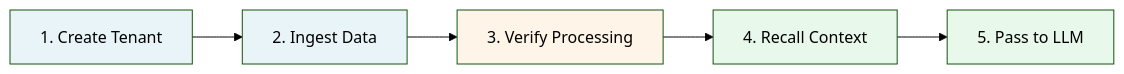
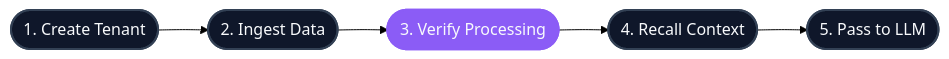
The first of 2 diagrams in get-started/quickstart.mdx (donendosted/mintlify-docs), drawn with Mermaid (forest theme) before and after one commit. The commit also changed other lines of this file and 20 other files, not shown here.

````diff
--- a/get-started/quickstart.mdx
+++ b/get-started/quickstart.mdx
@@ -14,13 +14,15 @@
 ```mermaid
 flowchart LR
-  A[1. Create Tenant] --> B[2. Ingest Data]
-  B --> C[3. Verify Processing]
-  C --> D[4. Recall Context]
-  D --> E[5. Pass to LLM]
+  %% Primary process steps
+  A([1. Create Tenant]) --> B([2. Ingest Data])
+  B --> C([3. Verify Processing])
+  C --> D([4. Recall Context])
+  D --> E([5. Pass to LLM])
 
-  style A fill:#e8f4f8
-  style B fill:#e8f4f8
-  style C fill:#fff4e8
-  style D fill:#e8f8ea
-  style E fill:#e8f8ea
+  %% HydraDB Dark Mode styles
+  style A fill:#0f172a,stroke:#334155,stroke-width:2px,color:#f8fafc,stroke-linecap:round
+  style B fill:#0f172a,stroke:#334155,stroke-width:2px,color:#f8fafc,stroke-linecap:round
+  style C fill:#8b5cf6,stroke:#8b5cf6,stroke-width:2.5px,color:#f8fafc,stroke-linecap:round
+  style D fill:#0f172a,stroke:#334155,stroke-width:2px,color:#f8fafc,stroke-linecap:round
+  style E fill:#0f172a,stroke:#334155,stroke-width:2px,color:#f8fafc,stroke-linecap:round
 ```
````
